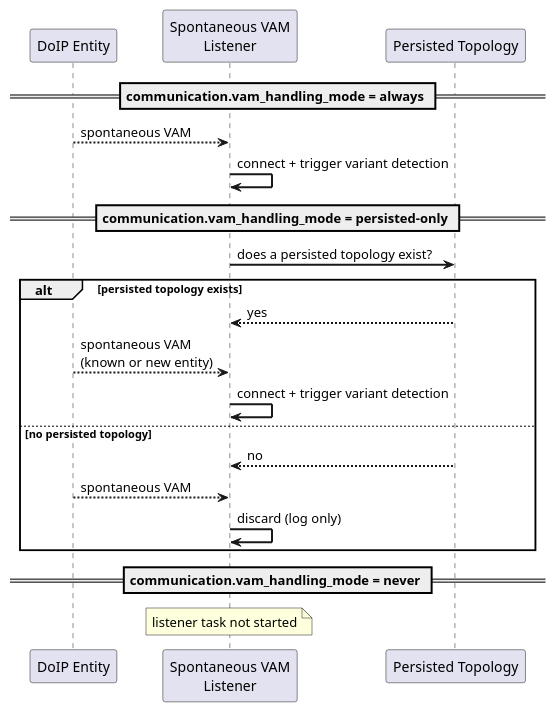
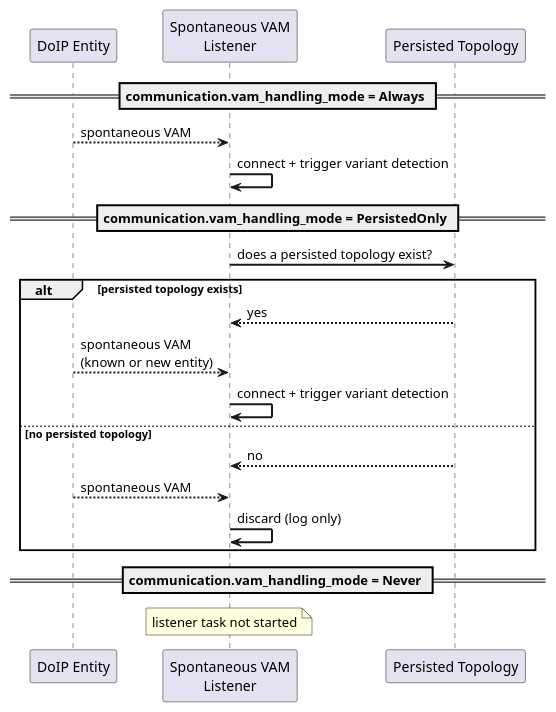
Before and after one commit to eclipse-opensovd/classic-diagnostic-adapter: the second of 8 diagrams in docs/03_architecture/03_communication/01_doip_communication.rst, drawn with PlantUML. The commit also changed other lines of this file and 78 other files, not shown here.

```diff
--- a/docs/03_architecture/03_communication/01_doip_communication.rst
+++ b/docs/03_architecture/03_communication/01_doip_communication.rst
@@ -353,30 +361,30 @@
     .. uml::
         :caption: Spontaneous VAM Handling Mode
 
         @startuml
         skinparam backgroundColor #FFFFFF
         skinparam sequenceArrowThickness 2
 
         participant "DoIP Entity" as GW
         participant "Spontaneous VAM\nListener" as Listener
         participant "Persisted Topology" as Persist
 
-        == communication.vam_handling_mode = always ==
+        == communication.vam_handling_mode = Always ==
         GW --> Listener: spontaneous VAM
         Listener -> Listener: connect + trigger variant detection
 
-        == communication.vam_handling_mode = persisted-only ==
+        == communication.vam_handling_mode = PersistedOnly ==
         Listener -> Persist: does a persisted topology exist?
         alt persisted topology exists
             Persist --> Listener: yes
             GW --> Listener: spontaneous VAM\n(known or new entity)
             Listener -> Listener: connect + trigger variant detection
         else no persisted topology
             Persist --> Listener: no
             GW --> Listener: spontaneous VAM
             Listener -> Listener: discard (log only)
         end
 
-        == communication.vam_handling_mode = never ==
+        == communication.vam_handling_mode = Never ==
         note over Listener: listener task not started
         @enduml
```
